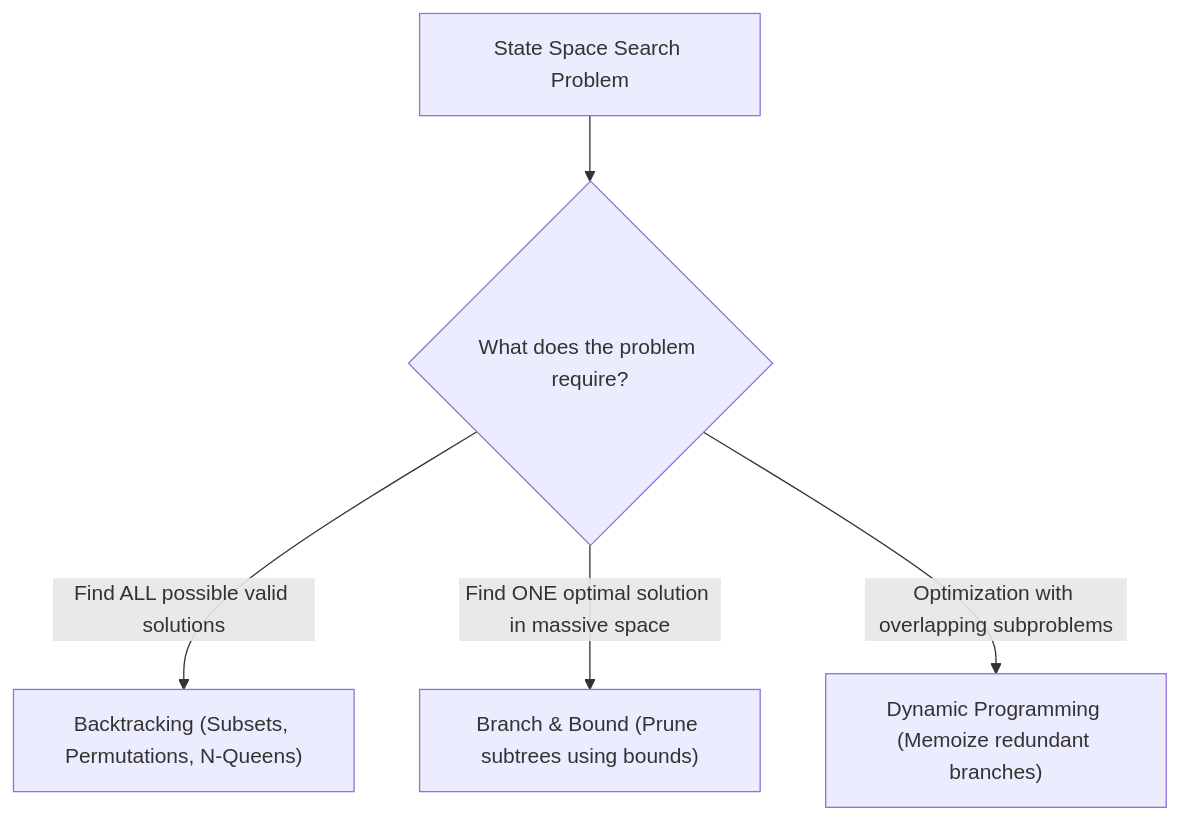
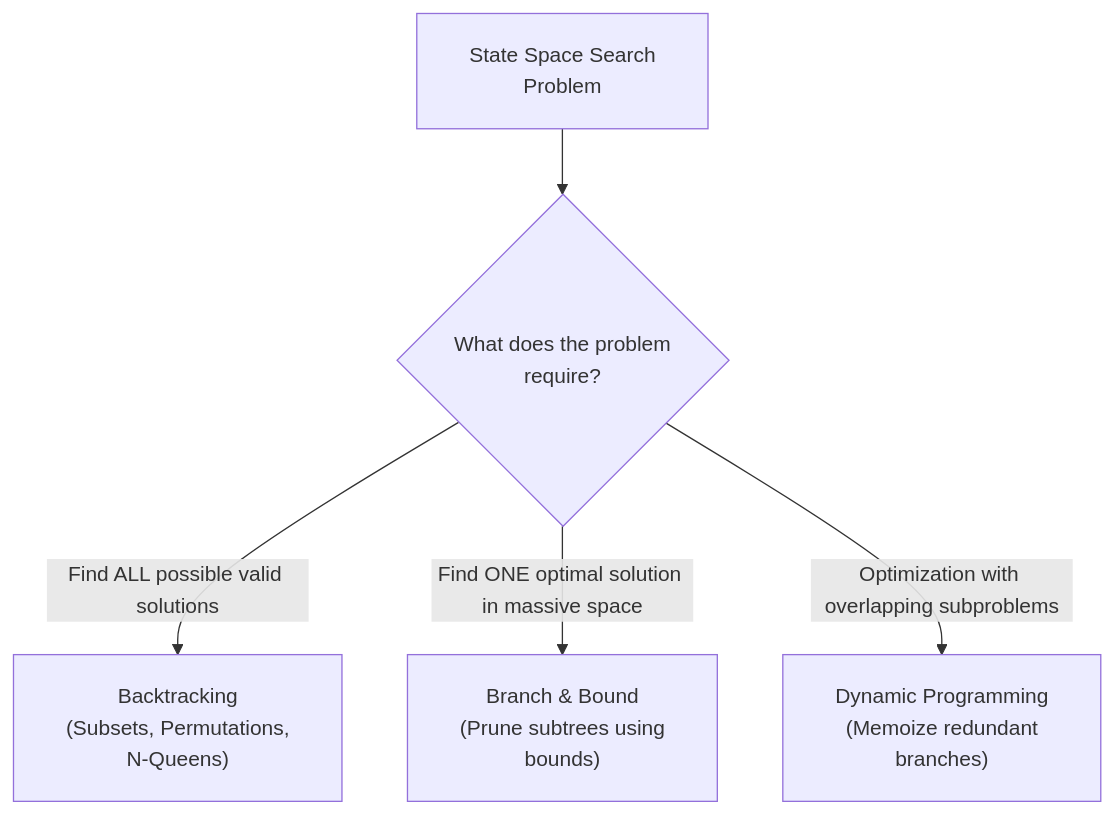
One commit to dip4k/DSA_102 changed the diagram in week_13_backtracking_and_branch_bound/support files/Week_13_Problem_Solving_Roadmap.md. Above: the diagram before and after it, drawn with Mermaid. The commit also changed 108 other files, not shown here.

First line of the commit message:
fix(mermaid): resolve diagram clipping, padding, and syntax issues across repo

````diff
--- a/week_13_backtracking_and_branch_bound/support files/Week_13_Problem_Solving_Roadmap.md
+++ b/week_13_backtracking_and_branch_bound/support files/Week_13_Problem_Solving_Roadmap.md
@@ -45,7 +45,8 @@
 ```mermaid
+%%{init: {"flowchart": {"htmlLabels": true, "padding": 20}}}%%
 flowchart TD
-    Start["State Space Search Problem"] --> Q1{"What does the problem require?"}
-    Q1 -->|Find ALL possible valid solutions| P1["Backtracking (Subsets, Permutations, N-Queens)"]
-    Q1 -->|Find ONE optimal solution in massive space| P2["Branch & Bound (Prune subtrees using bounds)"]
-    Q1 -->|Optimization with overlapping subproblems| P3["Dynamic Programming (Memoize redundant branches)"]
+    Start["State Space Search<br/>Problem"] --> Q1{"What does the problem<br/>require?"}
+    Q1 -->|Find ALL possible valid solutions| P1["Backtracking<br/>(Subsets, Permutations,<br/>N-Queens)"]
+    Q1 -->|Find ONE optimal solution in massive space| P2["Branch & Bound<br/>(Prune subtrees using<br/>bounds)"]
+    Q1 -->|Optimization with overlapping subproblems| P3["Dynamic Programming<br/>(Memoize redundant<br/>branches)"]
 ```
````
